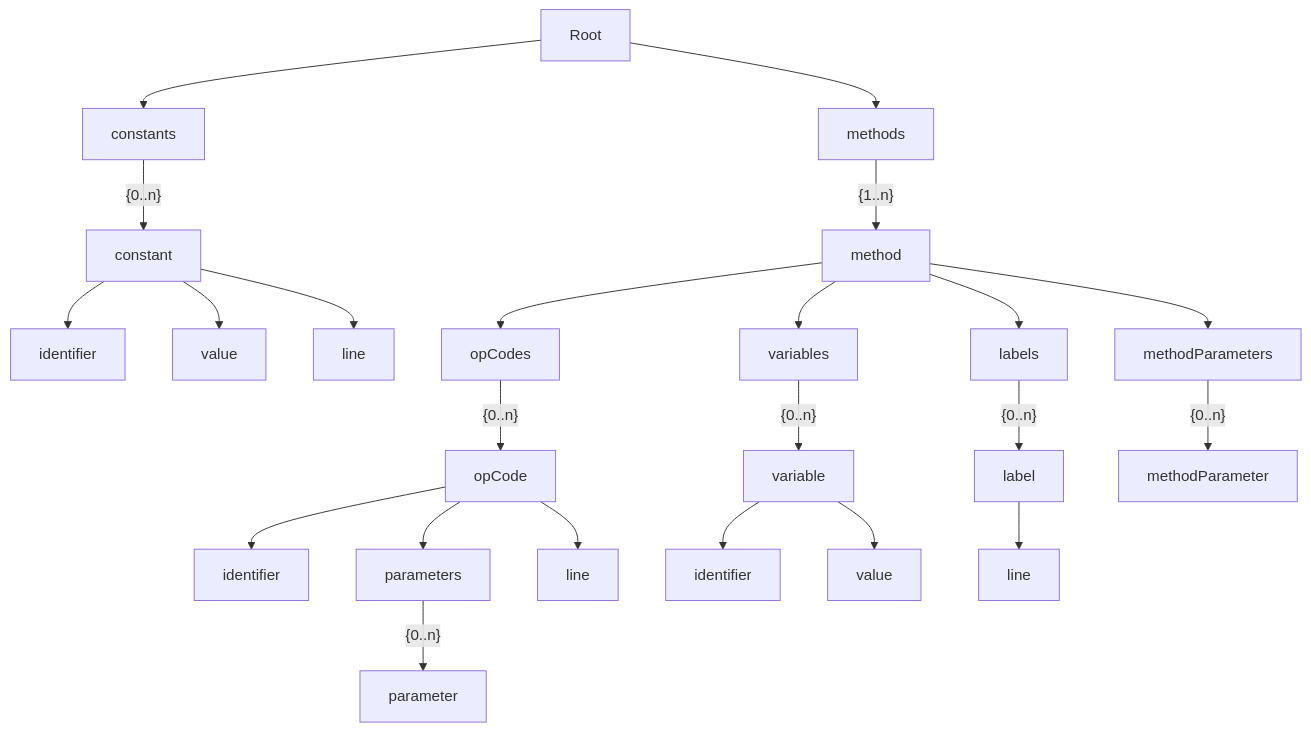
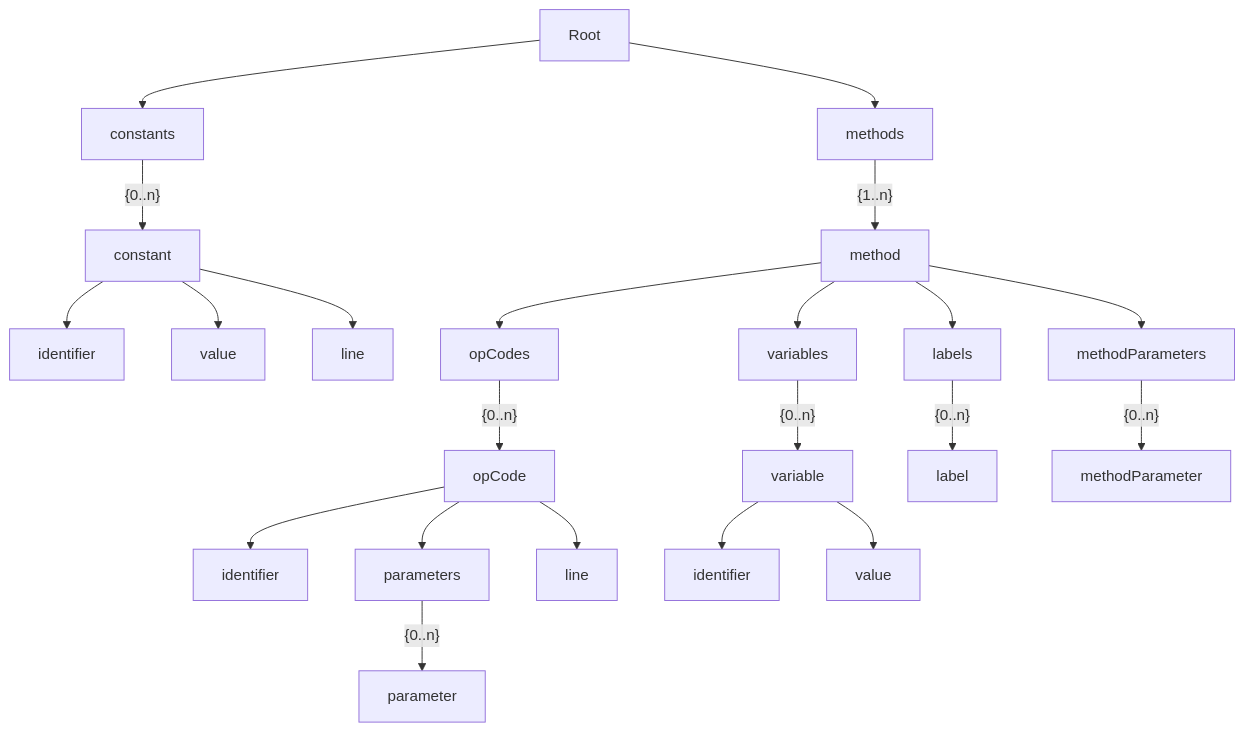
Before and after one commit to YasinKavuk/mic-1-interactive: the diagram in diagrams/AST.md, drawn with Mermaid.

Commit message:
fixed small error in AST diagram

````diff
--- a/diagrams/AST.md
+++ b/diagrams/AST.md
@@ -1,53 +1,51 @@
 ```mermaid
 graph TB
     R[Root]
     VAL1[value]
     VAL4[value]
     I1[identifier]
     I4[identifier]
     I6[identifier]
     C[constants]
     C1[constant]
     VS3[variables]
     V3[variable]
     METPS[methodParameters]
     METP[methodParameter]
     MET[method]
     METS[methods]
     OPC2[opCodes]
     OP2[opCode]
     PS2[parameters]
     P2[parameter]
     LS2[labels]
     L2[label]
     LN1[line]
     LN3[line]
-    LN4[line]
 
 
     R-->C
     R-->METS
 
     METS-- {1..n} -->MET
 
     C-- {0..n} -->C1
     C1-->I1
     C1-->VAL1
     C1-->LN1
 
     MET-->OPC2
     OPC2-- {0..n} -->OP2
     OP2-->I4
     OP2-->PS2
     PS2-- {0..n} -->P2
     MET-->VS3
     VS3-- {0..n} -->V3
     V3-->I6
     V3-->VAL4
     MET-->LS2
     LS2-- {0..n} -->L2
-    L2-->LN4
     OP2-->LN3
     MET-->METPS
     METPS-- {0..n} -->METP
 ```
````
